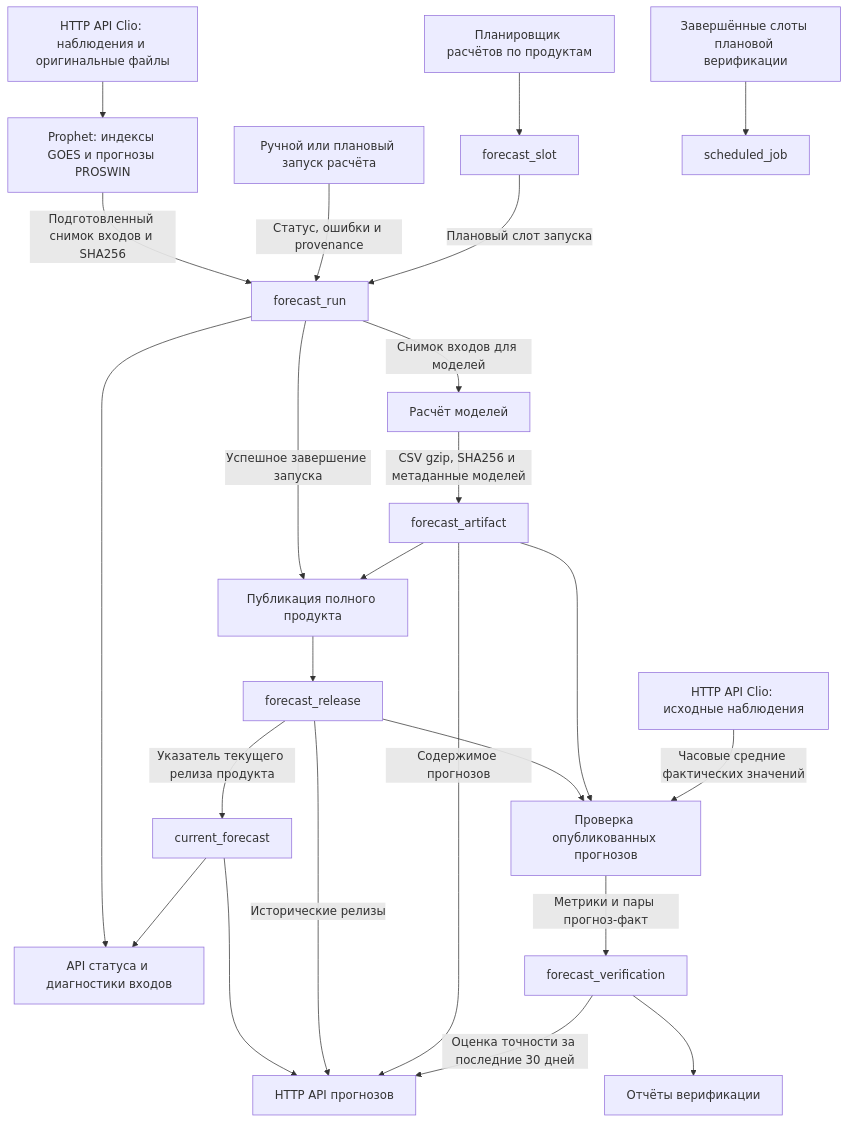
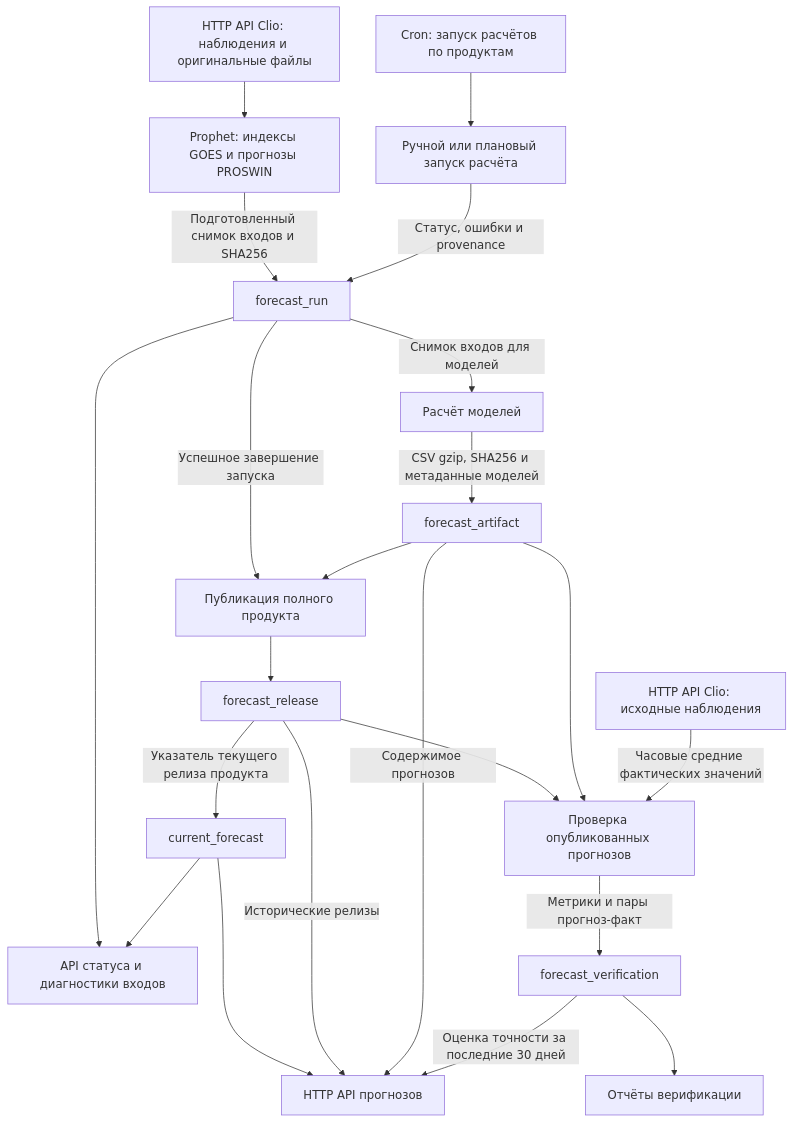
One commit to a-kryvenko/argus changed the diagram in apps/prophet/DATA_FLOWS.md. Above: the diagram before and after it, drawn with Mermaid. The commit also changed 50 other files, not shown here.

````diff
--- a/apps/prophet/DATA_FLOWS.md
+++ b/apps/prophet/DATA_FLOWS.md
@@ -3,26 +3,24 @@
 ```mermaid
 flowchart TD
     clio[HTTP API Clio: наблюдения и оригинальные файлы] --> preparation[Prophet: индексы GOES и прогнозы PROSWIN]
     preparation -->|Подготовленный снимок входов и SHA256| forecast_run
     generation[Ручной или плановый запуск расчёта] -->|Статус, ошибки и provenance| forecast_run
-    scheduler[Планировщик расчётов по продуктам] --> forecast_slot
-    forecast_slot -->|Плановый слот запуска| forecast_run
+    cron[Cron: запуск расчётов по продуктам] --> generation
     forecast_run -->|Снимок входов для моделей| models[Расчёт моделей]
     models -->|CSV gzip, SHA256 и метаданные моделей| forecast_artifact
     forecast_run -->|Успешное завершение запуска| publication[Публикация полного продукта]
     forecast_artifact --> publication
     publication --> forecast_release
     forecast_release -->|Указатель текущего релиза продукта| current_forecast
     current_forecast --> api[HTTP API прогнозов]
     forecast_release -->|Исторические релизы| api
     forecast_artifact -->|Содержимое прогнозов| api
     forecast_run --> status[API статуса и диагностики входов]
     current_forecast --> status
     forecast_release --> verification[Проверка опубликованных прогнозов]
     forecast_artifact --> verification
     observations[HTTP API Clio: исходные наблюдения] -->|Часовые средние фактических значений| verification
     verification -->|Метрики и пары прогноз-факт| forecast_verification
     forecast_verification --> reports[Отчёты верификации]
     forecast_verification -->|Оценка точности за последние 30 дней| api
-    jobs[Завершённые слоты плановой верификации] --> scheduled_job
 ```
````
